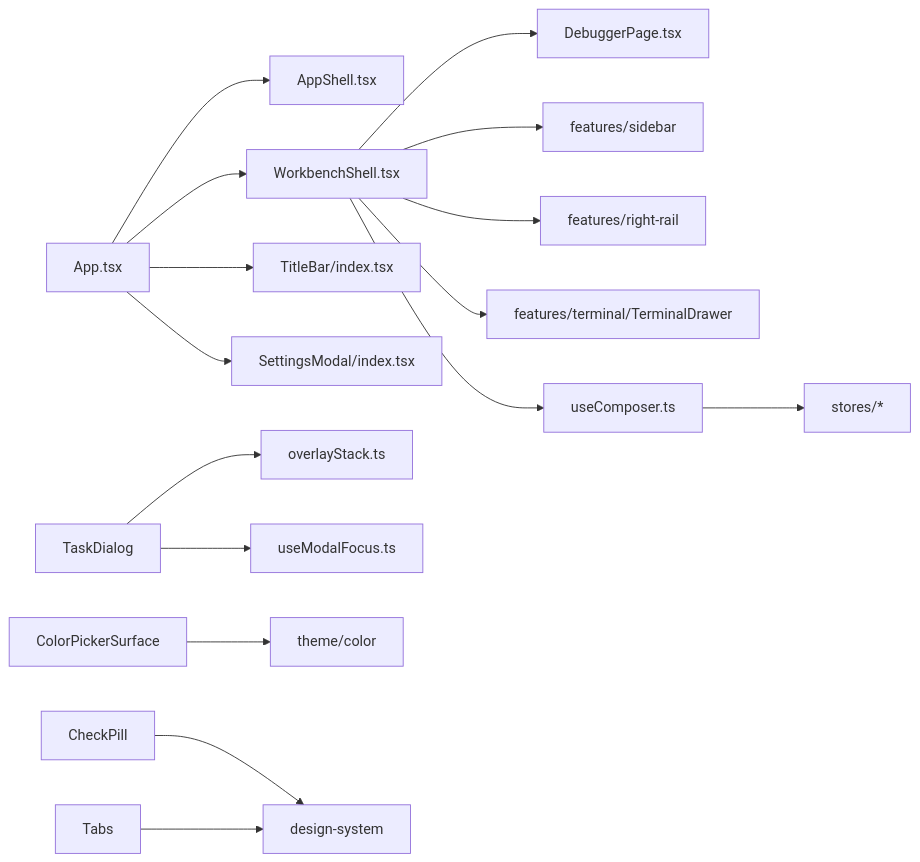
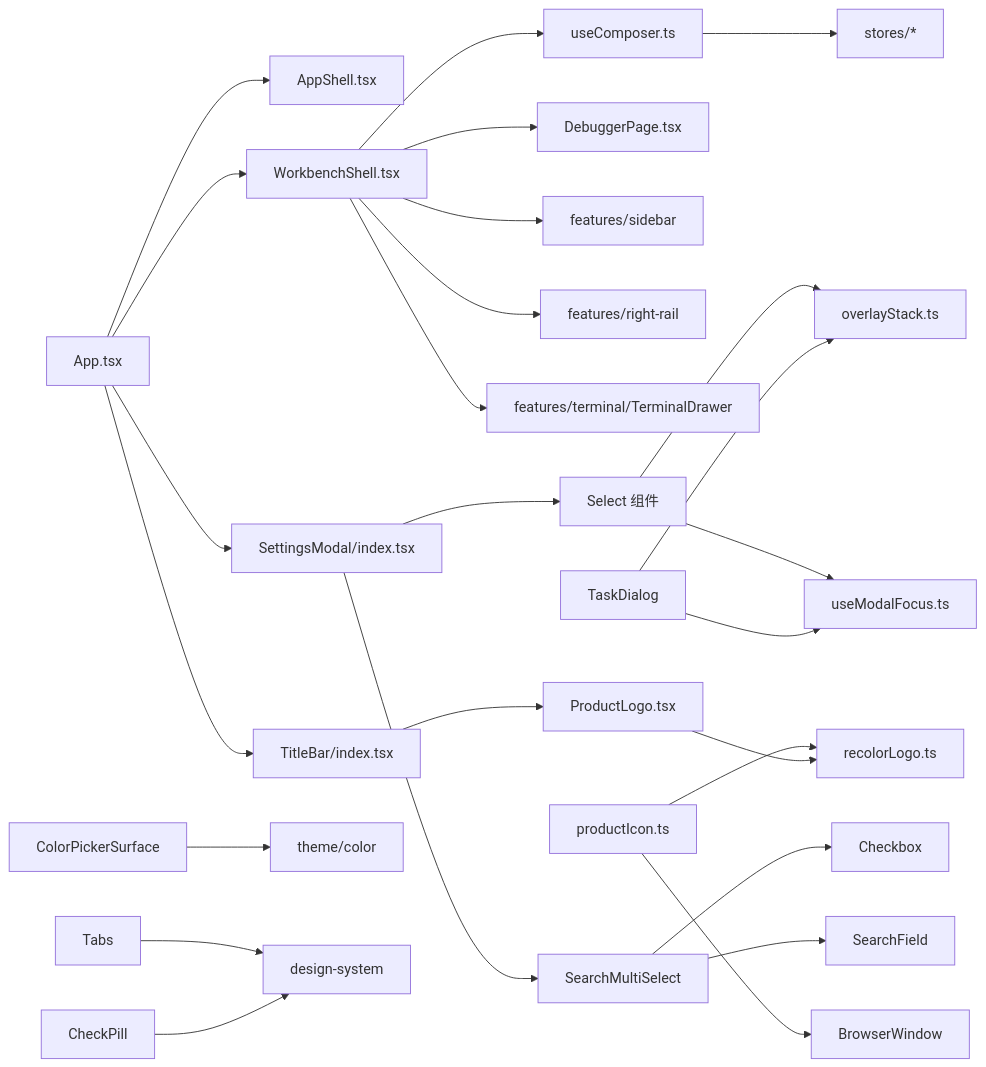
Before and after one commit to haolange/RDC-Agent: diagram 11 of 11 in .qoder/repowiki/zh/content/用户界面/用户界面.md, drawn with Mermaid. The commit also changed other lines of this file and 80 other files, not shown here.

````diff
--- a/.qoder/repowiki/zh/content/用户界面/用户界面.md
+++ b/.qoder/repowiki/zh/content/用户界面/用户界面.md
@@ -384,18 +574,28 @@
 ```mermaid
 graph LR
 App["App.tsx"] --> Shell["AppShell.tsx"]
 App --> Workbench["WorkbenchShell.tsx"]
 App --> Title["TitleBar/index.tsx"]
+Title --> ProductLogo["ProductLogo.tsx"]
+ProductLogo --> ReColor["recolorLogo.ts"]
 App --> Settings["SettingsModal/index.tsx"]
 Workbench --> Transcript["DebuggerPage.tsx"]
 Workbench --> Sidebar["features/sidebar"]
 Workbench --> RightRail["features/right-rail"]
 Workbench --> Terminal["features/terminal/TerminalDrawer"]
 Workbench --> Composer["useComposer.ts"]
 Composer --> Stores["stores/*"]
 TaskDialog --> OverlayStack["overlayStack.ts"]
 TaskDialog --> ModalFocus["useModalFocus.ts"]
 ColorPickerSurface --> Theme["theme/color"]
 CheckPill --> DesignSystem["design-system"]
 Tabs --> DesignSystem
+Settings --> Select["Select 组件"]
+Settings --> SearchMultiSelect["SearchMultiSelect"]
+Select --> OverlayStack
+Select --> ModalFocus
+SearchMultiSelect --> Checkbox["Checkbox"]
+SearchMultiSelect --> SearchField["SearchField"]
+Main["productIcon.ts"] --> ReColor
+Main --> Window["BrowserWindow"]
 ```
````
